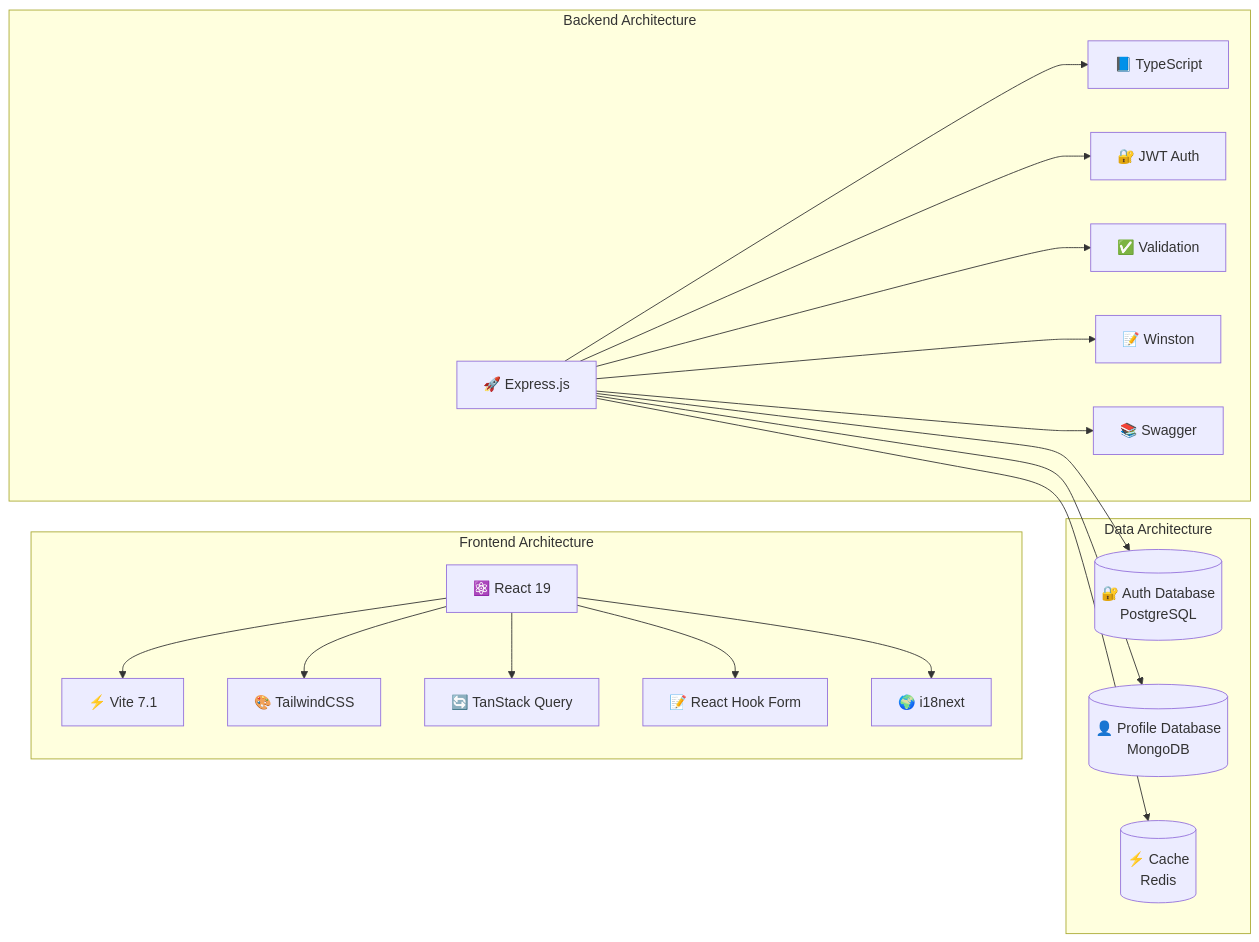
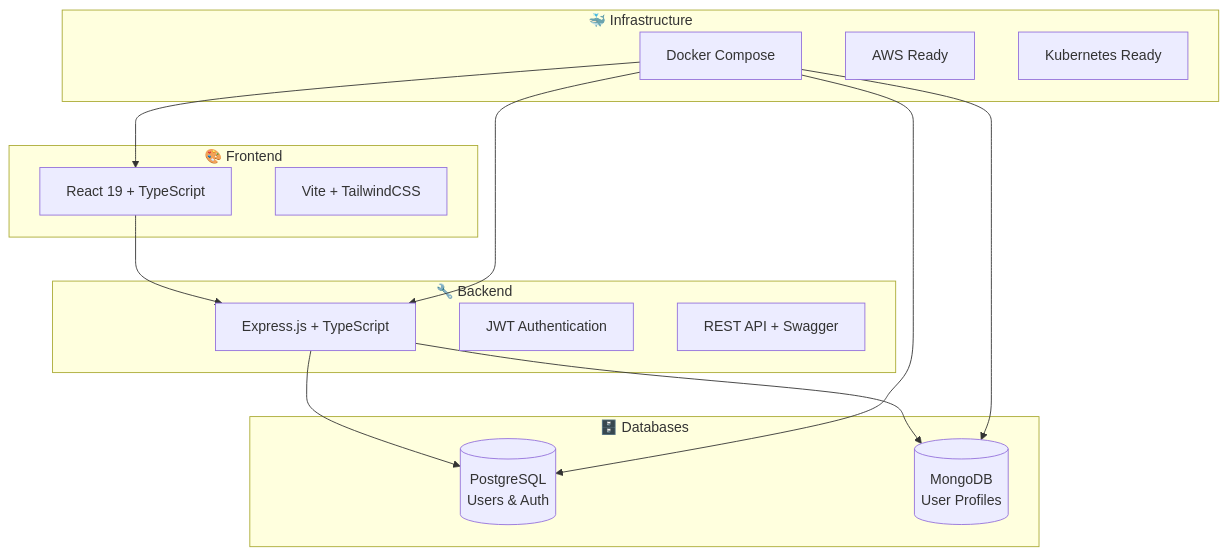
Before and after one commit to aathil-ali/User-Management: the first of 3 diagrams in README.md, drawn with Mermaid. The commit also changed other lines of this file, not shown here.

First line of the commit message:
docs: Simplify README - remove overwhelming diagrams

````diff
--- a/README.md
+++ b/README.md
@@ -109,42 +32,32 @@
 ```mermaid
-graph LR
-    subgraph "Frontend Architecture"
-        REACT[⚛️ React 19]
-        VITE[⚡ Vite 7.1]
-        TW[🎨 TailwindCSS]
-        RQ[🔄 TanStack Query]
-        RHF[📝 React Hook Form]
-        I18N[🌍 i18next]
+graph TB
+    subgraph "🎨 Frontend"
+        REACT[React 19 + TypeScript]
+        VITE[Vite + TailwindCSS]
     end
 
-    subgraph "Backend Architecture"
-        EXPRESS[🚀 Express.js]
-        TS[📘 TypeScript]
-        JWT[🔐 JWT Auth]
-        VALID[✅ Validation]
-        LOGGER[📝 Winston]
-        SWAGGER[📚 Swagger]
+    subgraph "🔧 Backend"
+        EXPRESS[Express.js + TypeScript]
+        AUTH[JWT Authentication]
+        API[REST API + Swagger]
     end
 
-    subgraph "Data Architecture"
-        AUTH_DB[(🔐 Auth Database<br/>PostgreSQL)]
-        PROFILE_DB[(👤 Profile Database<br/>MongoDB)]
-        CACHE[(⚡ Cache<br/>Redis)]
+    subgraph "🗄️ Databases"
+        PG[(PostgreSQL<br/>Users & Auth)]
+        MONGO[(MongoDB<br/>User Profiles)]
     end
 
-    REACT --> VITE
-    REACT --> TW
-    REACT --> RQ
-    REACT --> RHF
-    REACT --> I18N
-    
-    EXPRESS --> TS
-    EXPRESS --> JWT
-    EXPRESS --> VALID
-    EXPRESS --> LOGGER
-    EXPRESS --> SWAGGER
-    
-    EXPRESS --> AUTH_DB
-    EXPRESS --> PROFILE_DB
-    EXPRESS --> CACHE
+    subgraph "🐳 Infrastructure"
+        DOCKER[Docker Compose]
+        AWS[AWS Ready]
+        K8S[Kubernetes Ready]
+    end
+
+    REACT --> EXPRESS
+    EXPRESS --> PG
+    EXPRESS --> MONGO
+    DOCKER --> REACT
+    DOCKER --> EXPRESS
+    DOCKER --> PG
+    DOCKER --> MONGO
 ```
````
